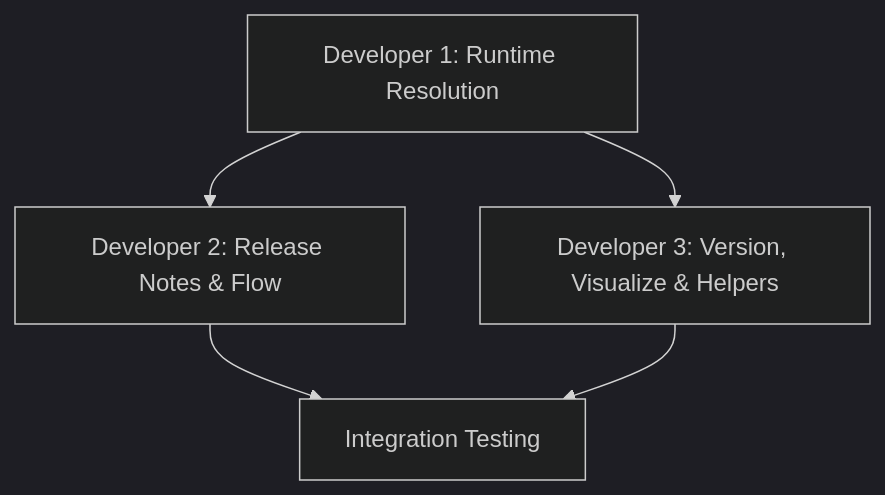
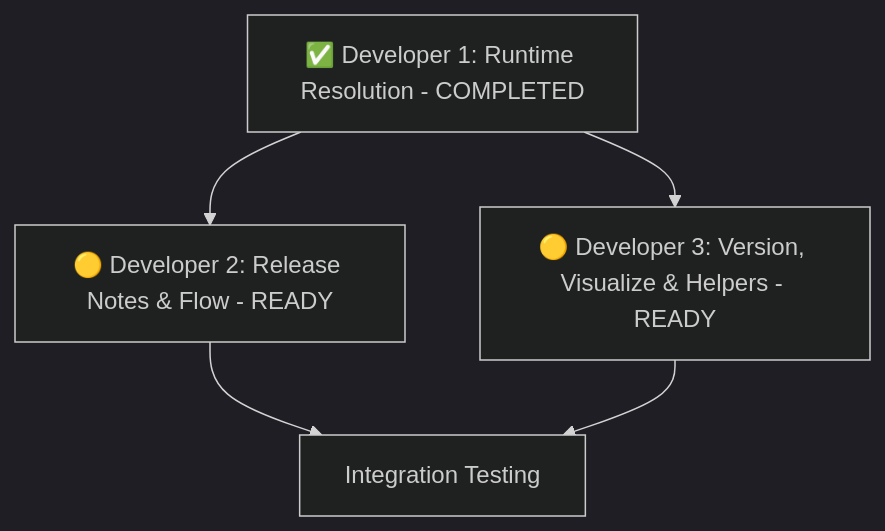
One commit to collaborationFactory/cplace-npm-tools changed the diagram in MIGRATION_PLAN.md. Above: the diagram before and after it, drawn with Mermaid (dark theme). The commit also changed other lines of this file and 10 other files, not shown here.

First line of the commit message:
Fix critical path: Runtime module resolution and modern CLI bundling

````diff
--- a/MIGRATION_PLAN.md
+++ b/MIGRATION_PLAN.md
@@ -223,7 +243,7 @@
 ```mermaid
 graph TD
-    A[Developer 1: Runtime Resolution] --> B[Developer 2: Release Notes & Flow]
-    A --> C[Developer 3: Version, Visualize & Helpers]
+    A[✅ Developer 1: Runtime Resolution - COMPLETED] --> B[🟡 Developer 2: Release Notes & Flow - READY]
+    A --> C[🟡 Developer 3: Version, Visualize & Helpers - READY]
     B --> D[Integration Testing]
     C --> D
 ```
````
